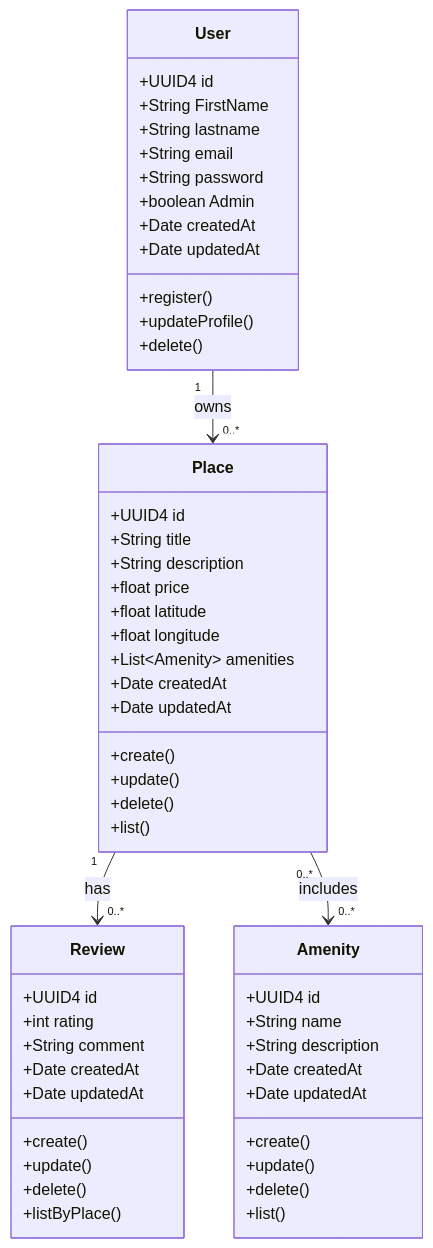
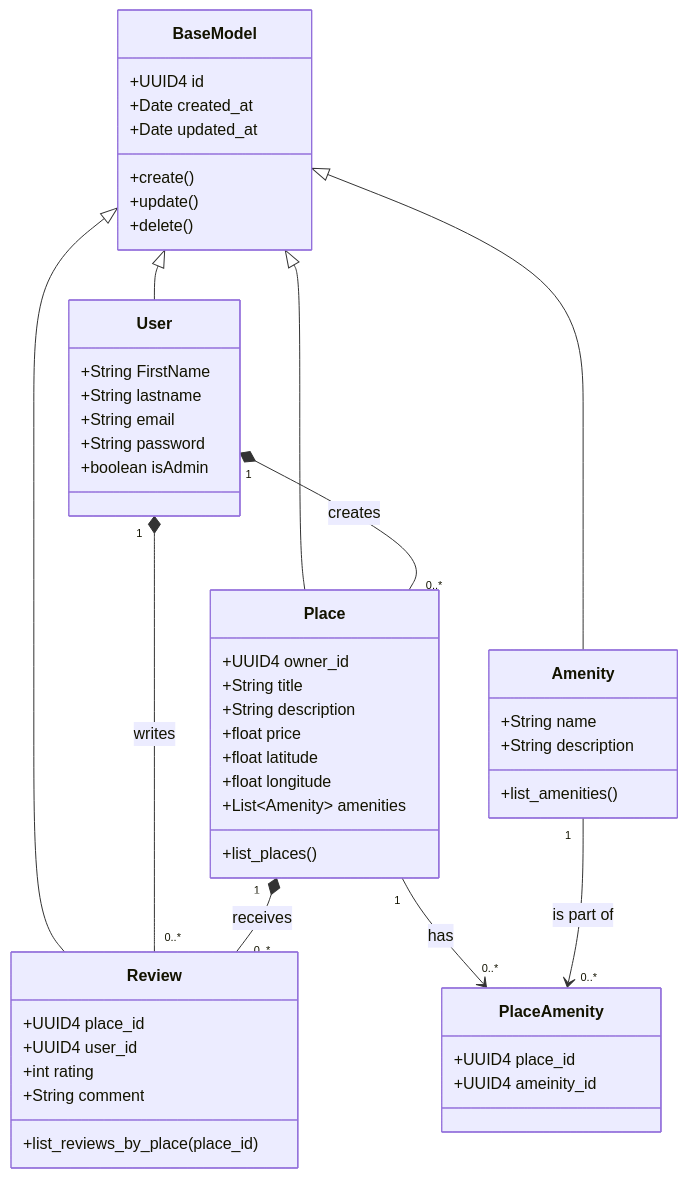
The second of 6 diagrams in README.md (ForgetG/holbertonschool-hbnb), drawn with Mermaid before and after one commit.

Commit message:
modified busineesclass diagram

````diff
--- a/README.md
+++ b/README.md
@@ -49,56 +49,53 @@
 ```mermaid
 classDiagram
+class BaseModel {
+    +UUID4 id
+    +Date created_at
+    +Date updated_at
+    +create()
+    +update()
+    +delete()
+}
 class User {
-    +UUID4 id
     +String FirstName
     +String lastname
     +String email
     +String password
-    +boolean Admin
-    +Date createdAt
-    +Date updatedAt
-    +register()
-    +updateProfile()
-    +delete()
+    +boolean isAdmin
 }
 class Place {
-    +UUID4 id
+    +UUID4 owner_id
     +String title
     +String description
     +float price
     +float latitude
     +float longitude
     +List~Amenity~ amenities
-    +Date createdAt
-    +Date updatedAt
-    +create()
-    +update()
-    +delete()
-    +list()
+    +list_places()
 }
 class Review {
-    +UUID4 id
+    +UUID4 place_id
+    +UUID4 user_id
     +int rating
     +String comment
-    +Date createdAt
-    +Date updatedAt
-    +create()
-    +update()
-    +delete()
-    +listByPlace()
+    +list_reviews_by_place(place_id)
 }
 class Amenity {
-    +UUID4 id
     +String name
     +String description
-    +Date createdAt
-    +Date updatedAt
-    +create()
-    +update()
-    +delete()
-    +list()
+    +list_amenities()
 }
-User "1" --> "0..*" Place : owns
-Place "1" --> "0..*" Review : has
-Place "0..*" --> "0..*" Amenity : includes
+class PlaceAmenity {
+    +UUID4 place_id
+    +UUID4 ameinity_id
+}
+BaseModel <|-- User
+BaseModel <|-- Review
+BaseModel <|-- Place
+BaseModel <|-- Amenity
+User "1" *-- "0..*" Review : writes
+User "1" *-- "0..*" Place : creates
+Place "1" *-- "0..*" Review : receives
+Place "1" --> "0..*" PlaceAmenity : has
+Amenity "1" --> "0..*" PlaceAmenity : is part of
 ```
````
